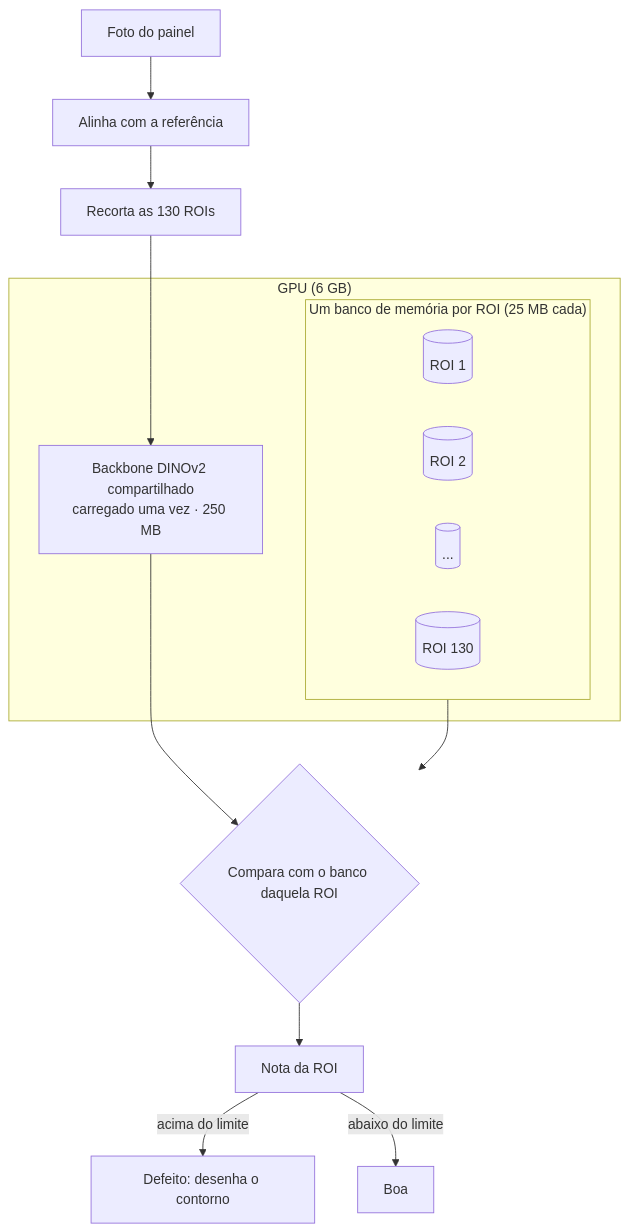
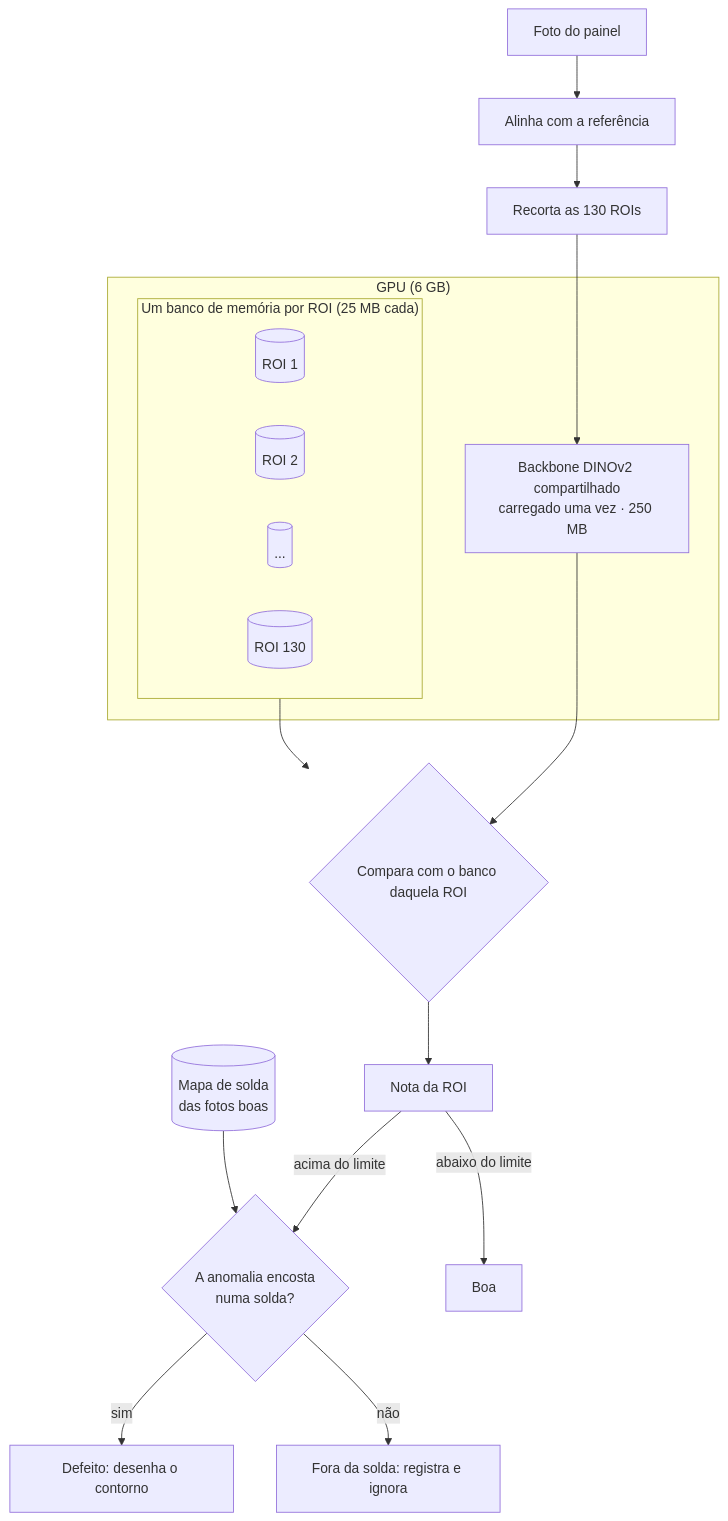
One commit to andreifagds/pcb-solder-anomaly-detection changed the second of 2 diagrams in README.md. Above: the diagram before and after it, drawn with Mermaid. The commit also changed other lines of this file and 10 other files, not shown here.

````diff
--- a/README.md
+++ b/README.md
@@ -296,19 +311,22 @@
 ```mermaid
 flowchart TB
     subgraph GPU["GPU (6 GB)"]
         BB["Backbone DINOv2 compartilhado<br/>carregado uma vez · 250 MB"]
         subgraph Banks["Um banco de memória por ROI (25 MB cada)"]
             M1[(ROI 1)]
             M2[(ROI 2)]
             M3[(...)]
             M4[(ROI 130)]
         end
     end
     P[Foto do painel] --> AL[Alinha com a referência] --> CR[Recorta as 130 ROIs]
     CR --> BB
     BB --> KNN{Compara com o banco daquela ROI}
     Banks --> KNN
     KNN --> S[Nota da ROI]
-    S -->|acima do limite| NOK[Defeito: desenha o contorno]
+    S -->|acima do limite| SM{A anomalia encosta<br/>numa solda?}
+    MAP[(Mapa de solda<br/>das fotos boas)] --> SM
+    SM -->|sim| NOK[Defeito: desenha o contorno]
+    SM -->|não| IGN[Fora da solda: registra e ignora]
     S -->|abaixo do limite| OK[Boa]
 ```
````
